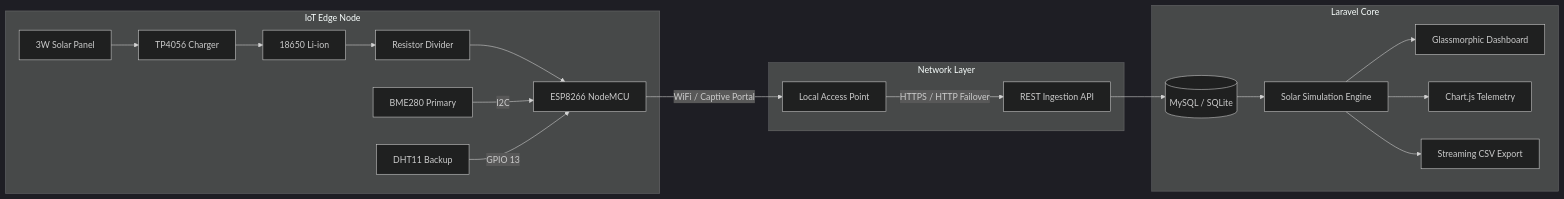
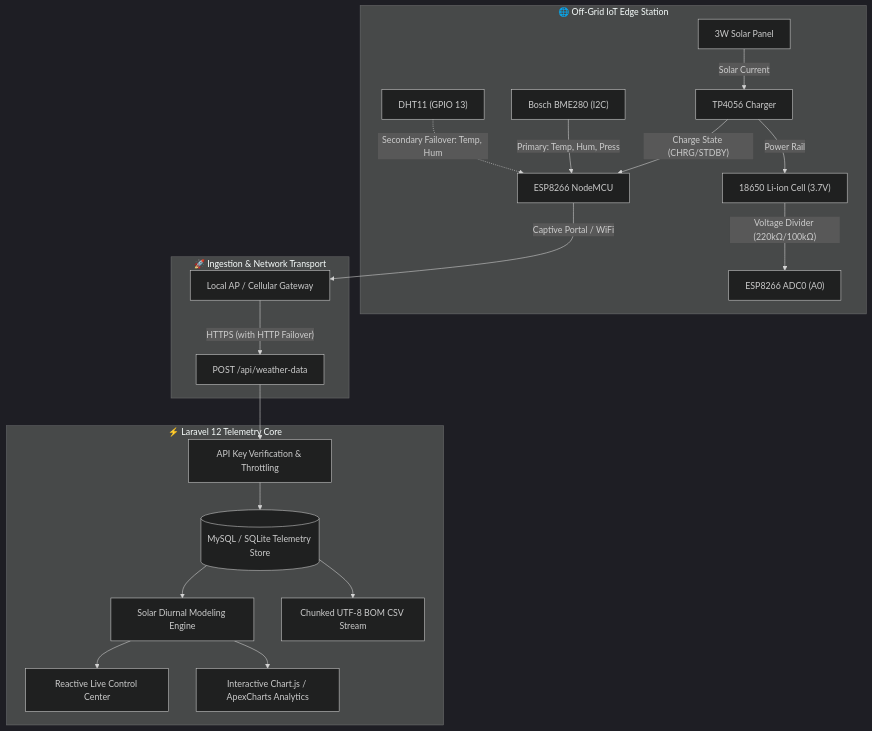
Before and after one commit to niteshk700/solar: the first of 2 diagrams in README.md, drawn with Mermaid (dark theme). The commit also changed other lines of this file, not shown here.

Commit message:
docs: overhaul README with modern architecture, wiring diagrams, and telemetry guides

````diff
--- a/README.md
+++ b/README.md
@@ -26,24 +48,26 @@
 ```mermaid
-flowchart LR
-    subgraph Hardware [IoT Edge Node]
-        SP[3W Solar Panel] --> TP[TP4056 Charger]
-        TP --> Bat[18650 Li-ion]
-        Bat --> Div[Resistor Divider]
-        Div --> ESP[ESP8266 NodeMCU]
-        BME[BME280 Primary] -->|I2C| ESP
-        DHT[DHT11 Backup] -->|GPIO 13| ESP
+flowchart TD
+    subgraph Edge ["🌐 Off-Grid IoT Edge Station"]
+        PV["3W Solar Panel"] -->|"Solar Current"| TP["TP4056 Charger"]
+        TP -->|"Charge State (CHRG/STDBY)"| ESP["ESP8266 NodeMCU"]
+        TP -->|"Power Rail"| BAT["18650 Li-ion Cell (3.7V)"]
+        BAT -->|"Voltage Divider (220kΩ/100kΩ)"| ADC["ESP8266 ADC0 (A0)"]
+        
+        BME["Bosch BME280 (I2C)"] -->|"Primary: Temp, Hum, Press"| ESP
+        DHT["DHT11 (GPIO 13)"] -.->|"Secondary Failover: Temp, Hum"| ESP
     end
 
-    subgraph Transport [Network Layer]
-        ESP -->|WiFi / Captive Portal| AP[Local Access Point]
-        AP -->|HTTPS / HTTP Failover| API[REST Ingestion API]
+    subgraph Ingestion ["🚀 Ingestion & Network Transport"]
+        ESP -->|"Captive Portal / WiFi"| ROUTER["Local AP / Cellular Gateway"]
+        ROUTER -->|"HTTPS (with HTTP Failover)"| API["POST /api/weather-data"]
     end
 
-    subgraph Cloud [Laravel Core]
-        API --> DB[(MySQL / SQLite)]
-        DB --> Engine[Solar Simulation Engine]
-        Engine --> Dash[Glassmorphic Dashboard]
-        Engine --> Analytics[Chart.js Telemetry]
-        Engine --> Export[Streaming CSV Export]
+    subgraph Core ["⚡ Laravel 12 Telemetry Core"]
+        API --> AUTH["API Key Verification & Throttling"]
+        AUTH --> DB[("MySQL / SQLite Telemetry Store")]
+        DB --> SIM["Solar Diurnal Modeling Engine"]
+        SIM --> DASH["Reactive Live Control Center"]
+        SIM --> CHARTS["Interactive Chart.js / ApexCharts Analytics"]
+        DB --> EXPORT["Chunked UTF-8 BOM CSV Stream"]
     end
 ```
````
